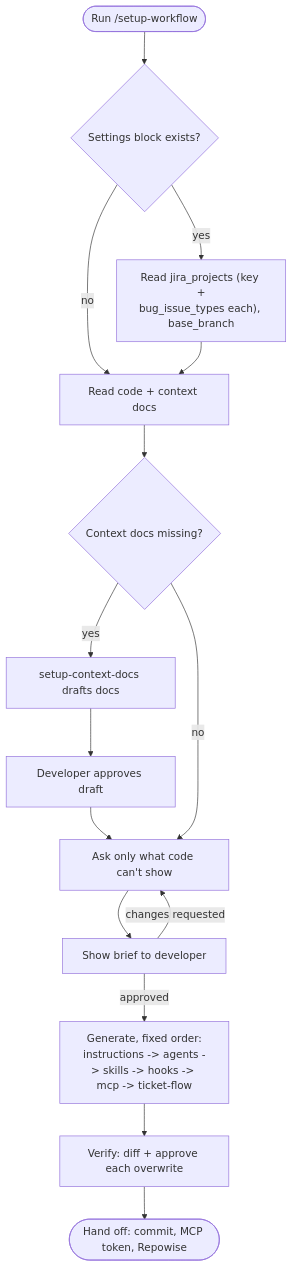
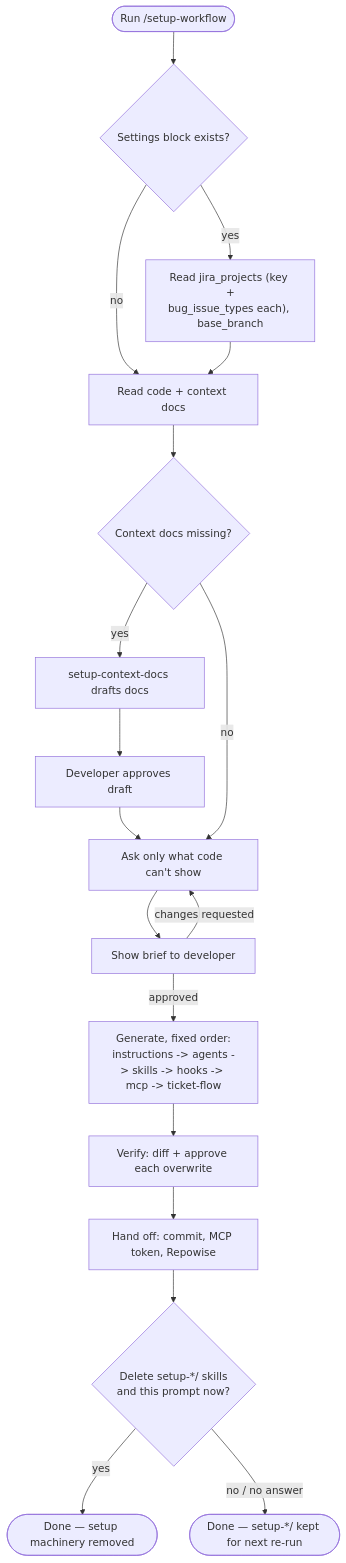
The first of 3 diagrams in docs/workflow-design.md (saraths-99/github-workflow), drawn with Mermaid before and after one commit. The commit also changed other lines of this file and 10 other files, not shown here.

````diff
--- a/docs/workflow-design.md
+++ b/docs/workflow-design.md
@@ -22,17 +21,20 @@
 ```mermaid
 flowchart TD
     A([Run /setup-workflow]) --> B{Settings block exists?}
     B -- yes --> C["Read jira_projects (key +<br/>bug_issue_types each), base_branch"]
     B -- no --> E
     C --> E[Read code + context docs]
     E --> F{Context docs missing?}
     F -- yes --> G[setup-context-docs drafts docs]
     G --> H[Developer approves draft]
     H --> I
     F -- no --> I[Ask only what code can't show]
     I --> J[Show brief to developer]
     J -- changes requested --> I
     J -- approved --> K["Generate, fixed order:<br/>instructions -> agents -> skills -> hooks -> mcp -> ticket-flow"]
     K --> L[Verify: diff + approve each overwrite]
-    L --> M([Hand off: commit, MCP token, Repowise])
+    L --> M[Hand off: commit, MCP token, Repowise]
+    M --> N{Delete setup-*/ skills<br/>and this prompt now?}
+    N -- yes --> O([Done — setup machinery removed])
+    N -- no / no answer --> P([Done — setup-*/ kept for next re-run])
 ```
````
